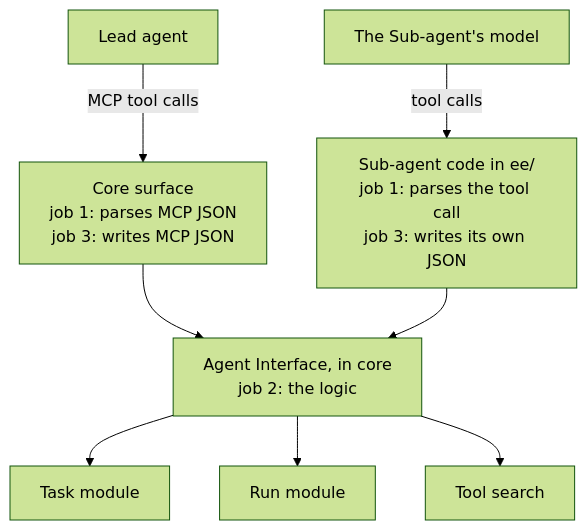
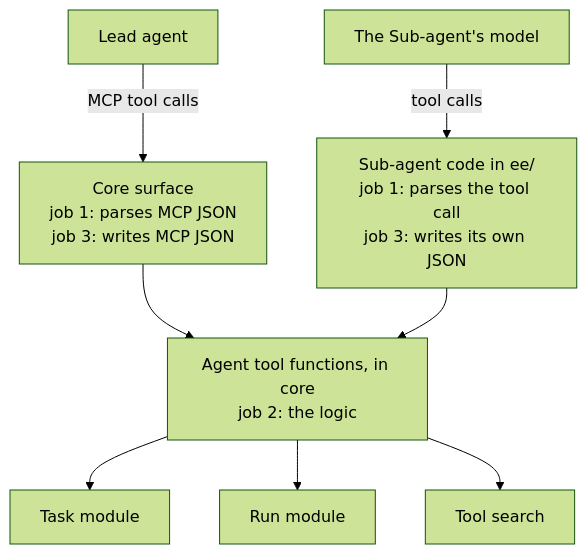
Before and after one commit to withcoral/coral: the fourth of 5 diagrams in docs/adr/0039-an-enterprise-sub-agent.md, drawn with Mermaid (forest theme). The commit also changed other lines of this file, not shown here.

First line of the commit message:
docs(sub-agent): name the shared functions after the tools they serve

````diff
--- a/docs/adr/0039-an-enterprise-sub-agent.md
+++ b/docs/adr/0039-an-enterprise-sub-agent.md
@@ -145,15 +150,15 @@
 ```mermaid
 flowchart TD
     lead["Lead agent"]
     model["The Sub-agent's model"]
     coresurface["Core surface<br/>job 1: parses MCP JSON<br/>job 3: writes MCP JSON"]
     subagent["Sub-agent code in ee/<br/>job 1: parses the tool call<br/>job 3: writes its own JSON"]
-    ai["Agent Interface, in core<br/>job 2: the logic"]
+    ai["Agent tool functions, in core<br/>job 2: the logic"]
     lead -- MCP tool calls --> coresurface
     model -- tool calls --> subagent
     coresurface --> ai
     subagent --> ai
     ai --> task["Task module"]
     ai --> run["Run module"]
     ai --> search["Tool search"]
 ```
````
